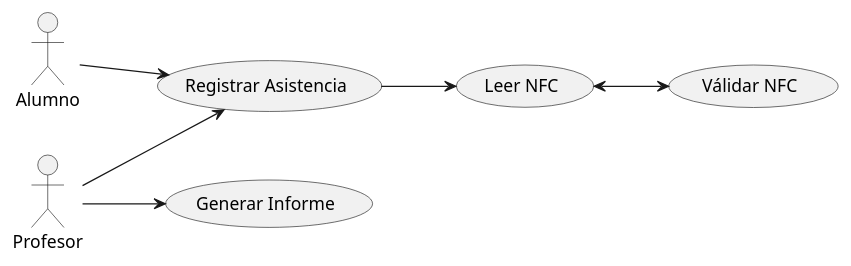
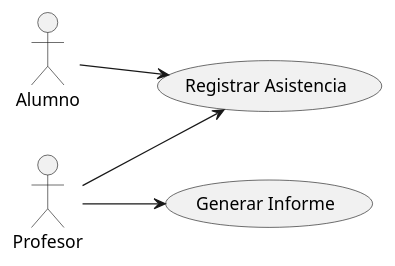
Before and after one commit to AngelGabriel02/Proyecto-Sistemas: the diagram in Diseño/06_design/Diagrama_de_Casos_de_Uso/DCU-002_Alumno.md, drawn with PlantUML. The commit also changed 9 other files, not shown here.

```diff
--- a/Diseño/06_design/Diagrama_de_Casos_de_Uso/DCU-002_Alumno.md
+++ b/Diseño/06_design/Diagrama_de_Casos_de_Uso/DCU-002_Alumno.md
@@ -4,19 +4,15 @@
 @startuml Diagrama de Caso de Uso Alumno
+
 left to right direction
 
 actor Profesor as prof
 actor Alumno as alm
 
 usecase "Registrar Asistencia" as CU010
 usecase "Generar Informe" as CU011
-usecase "Válidar NFC" as CU012
-usecase "Leer NFC" as CU013
-
-CU013 <--> CU012
-CU010 --> CU013
 
 alm --> CU010
 prof --> CU010
 prof --> CU011
 
 @enduml
```
